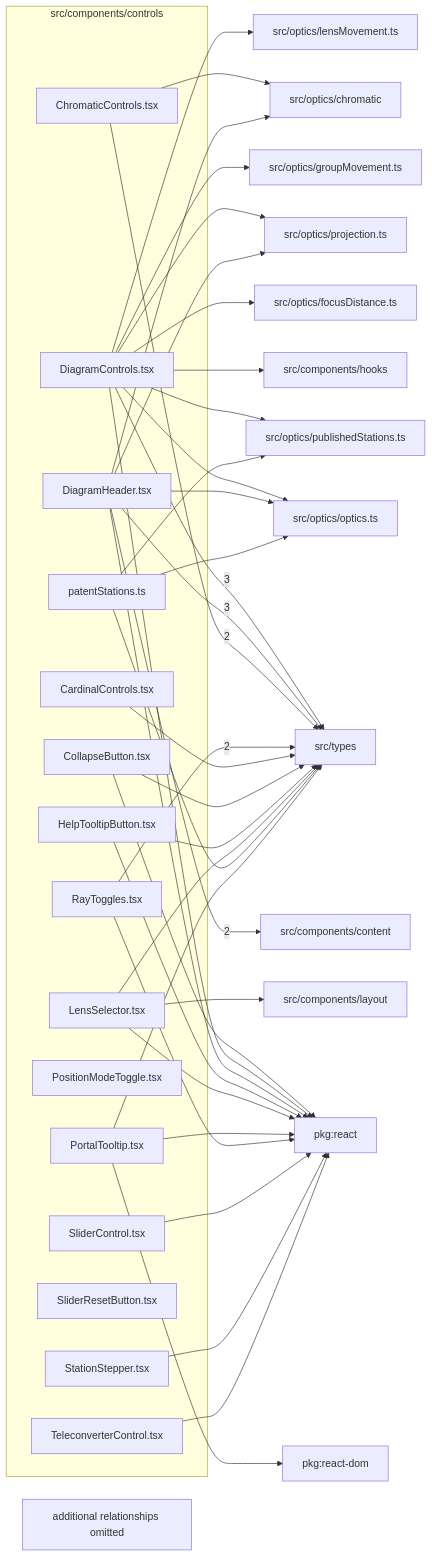
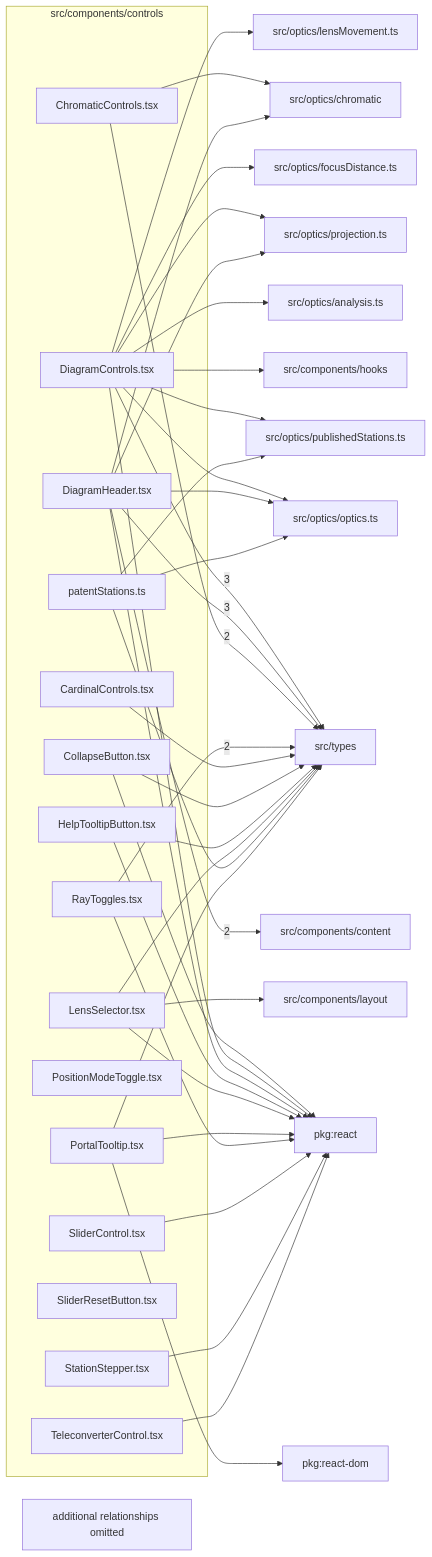
One commit to BeamFour/LensVisualizer changed the diagram in src/components/controls/readme.md. Above: the diagram before and after it, drawn with Mermaid. The commit also changed other lines of this file and 51 other files, not shown here.

First line of the commit message:
S7.P2.T1 Summary, cardinals, breathing and group movement on AnalysisRequest (#886)

````diff
--- a/src/components/controls/readme.md
+++ b/src/components/controls/readme.md
@@ -9,70 +9,70 @@
 ```mermaid
 flowchart LR
   subgraph n_src_components_controls["src/components/controls"]
     n_src_components_controls_src_components_controls_CardinalControls_tsx["CardinalControls.tsx"]
     n_src_components_controls_src_components_controls_ChromaticControls_tsx["ChromaticControls.tsx"]
     n_src_components_controls_src_components_controls_CollapseButton_tsx["CollapseButton.tsx"]
     n_src_components_controls_src_components_controls_DiagramControls_tsx["DiagramControls.tsx"]
     n_src_components_controls_src_components_controls_DiagramHeader_tsx["DiagramHeader.tsx"]
     n_src_components_controls_src_components_controls_HelpTooltipButton_tsx["HelpTooltipButton.tsx"]
     n_src_components_controls_src_components_controls_LensSelector_tsx["LensSelector.tsx"]
     n_src_components_controls_src_components_controls_patentStations_ts["patentStations.ts"]
     n_src_components_controls_src_components_controls_PortalTooltip_tsx["PortalTooltip.tsx"]
     n_src_components_controls_src_components_controls_PositionModeToggle_tsx["PositionModeToggle.tsx"]
     n_src_components_controls_src_components_controls_RayToggles_tsx["RayToggles.tsx"]
     n_src_components_controls_src_components_controls_SliderControl_tsx["SliderControl.tsx"]
     n_src_components_controls_src_components_controls_SliderResetButton_tsx["SliderResetButton.tsx"]
     n_src_components_controls_src_components_controls_StationStepper_tsx["StationStepper.tsx"]
     n_src_components_controls_src_components_controls_TeleconverterControl_tsx["TeleconverterControl.tsx"]
   end
   n_external_src_types["src/types"]
   n_external_src_components_content["src/components/content"]
   n_external_pkg_react["pkg:react"]
   n_external_pkg_react_dom["pkg:react-dom"]
   n_external_src_components_hooks["src/components/hooks"]
   n_external_src_components_layout["src/components/layout"]
+  n_external_src_optics_analysis_ts["src/optics/analysis.ts"]
   n_external_src_optics_chromatic["src/optics/chromatic"]
   n_external_src_optics_focusDistance_ts["src/optics/focusDistance.ts"]
-  n_external_src_optics_groupMovement_ts["src/optics/groupMovement.ts"]
   n_external_src_optics_lensMovement_ts["src/optics/lensMovement.ts"]
   n_external_src_optics_optics_ts["src/optics/optics.ts"]
   n_external_src_optics_projection_ts["src/optics/projection.ts"]
   n_external_src_optics_publishedStations_ts["src/optics/publishedStations.ts"]
   n_src_components_controls_src_components_controls_DiagramControls_tsx --> |3| n_external_src_types
   n_src_components_controls_src_components_controls_DiagramHeader_tsx --> |3| n_external_src_types
   n_src_components_controls_src_components_controls_DiagramHeader_tsx --> |2| n_external_src_components_content
   n_src_components_controls_src_components_controls_ChromaticControls_tsx --> |2| n_external_src_types
   n_src_components_controls_src_components_controls_RayToggles_tsx --> |2| n_external_src_types
   n_src_components_controls_src_components_controls_CollapseButton_tsx --> n_external_pkg_react
   n_src_components_controls_src_components_controls_DiagramControls_tsx --> n_external_pkg_react
   n_src_components_controls_src_components_controls_DiagramHeader_tsx --> n_external_pkg_react
   n_src_components_controls_src_components_controls_HelpTooltipButton_tsx --> n_external_pkg_react
   n_src_components_controls_src_components_controls_LensSelector_tsx --> n_external_pkg_react
   n_src_components_controls_src_components_controls_PortalTooltip_tsx --> n_external_pkg_react
   n_src_components_controls_src_components_controls_RayToggles_tsx --> n_external_pkg_react
   n_src_components_controls_src_components_controls_SliderControl_tsx --> n_external_pkg_react
   n_src_components_controls_src_components_controls_StationStepper_tsx --> n_external_pkg_react
   n_src_components_controls_src_components_controls_TeleconverterControl_tsx --> n_external_pkg_react
   n_src_components_controls_src_components_controls_PortalTooltip_tsx --> n_external_pkg_react_dom
   n_src_components_controls_src_components_controls_DiagramControls_tsx --> n_external_src_components_hooks
   n_src_components_controls_src_components_controls_LensSelector_tsx --> n_external_src_components_layout
+  n_src_components_controls_src_components_controls_DiagramControls_tsx --> n_external_src_optics_analysis_ts
   n_src_components_controls_src_components_controls_ChromaticControls_tsx --> n_external_src_optics_chromatic
   n_src_components_controls_src_components_controls_DiagramHeader_tsx --> n_external_src_optics_chromatic
   n_src_components_controls_src_components_controls_DiagramControls_tsx --> n_external_src_optics_focusDistance_ts
-  n_src_components_controls_src_components_controls_DiagramControls_tsx --> n_external_src_optics_groupMovement_ts
   n_src_components_controls_src_components_controls_DiagramControls_tsx --> n_external_src_optics_lensMovement_ts
   n_src_components_controls_src_components_controls_DiagramControls_tsx --> n_external_src_optics_optics_ts
   n_src_components_controls_src_components_controls_DiagramHeader_tsx --> n_external_src_optics_optics_ts
   n_src_components_controls_src_components_controls_patentStations_ts --> n_external_src_optics_optics_ts
   n_src_components_controls_src_components_controls_DiagramControls_tsx --> n_external_src_optics_projection_ts
   n_src_components_controls_src_components_controls_DiagramHeader_tsx --> n_external_src_optics_projection_ts
   n_src_components_controls_src_components_controls_DiagramControls_tsx --> n_external_src_optics_publishedStations_ts
   n_src_components_controls_src_components_controls_patentStations_ts --> n_external_src_optics_publishedStations_ts
   n_src_components_controls_src_components_controls_CardinalControls_tsx --> n_external_src_types
   n_src_components_controls_src_components_controls_CollapseButton_tsx --> n_external_src_types
   n_src_components_controls_src_components_controls_HelpTooltipButton_tsx --> n_external_src_types
   n_src_components_controls_src_components_controls_LensSelector_tsx --> n_external_src_types
   n_src_components_controls_src_components_controls_patentStations_ts --> n_external_src_types
   n_src_components_controls_src_components_controls_PortalTooltip_tsx --> n_external_src_types
   n_src_components_controls_truncated["additional relationships omitted"]
 ```
````
